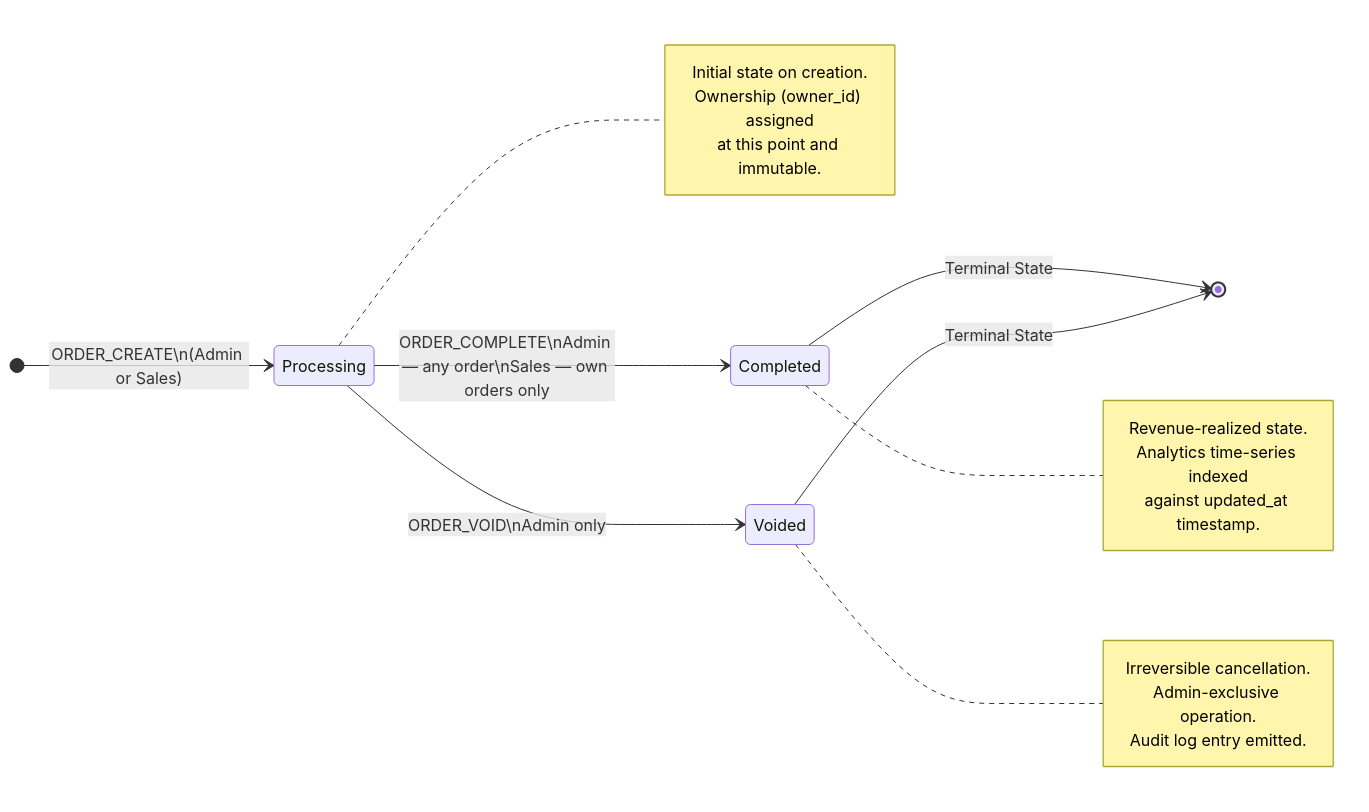
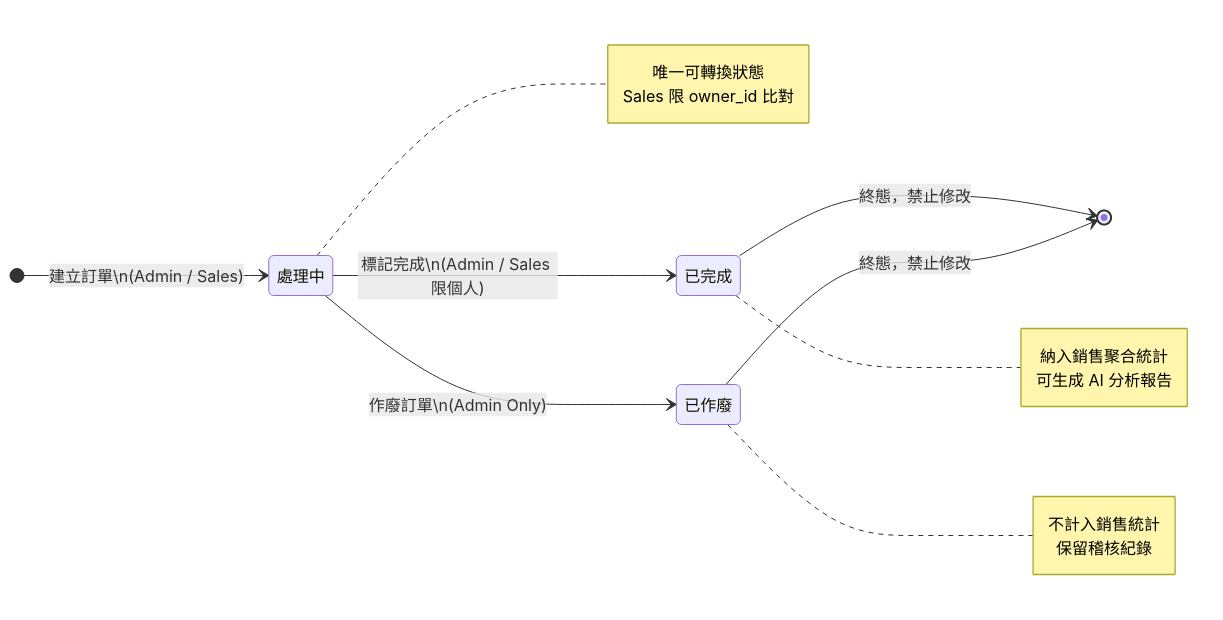
One commit to tevan1234/RBAC-Order-Management-System changed the second of 3 diagrams in README.md. Above: the diagram before and after it, drawn with Mermaid. The commit also changed other lines of this file, not shown here.

````diff
--- a/README.md
+++ b/README.md
@@ -391,31 +420,27 @@
 ```mermaid
 stateDiagram-v2
     direction LR
 
-    [*] --> Processing : ORDER_CREATE\n(Admin or Sales)
+    [*] --> 處理中 : 建立訂單\n(Admin / Sales)
 
-    Processing --> Completed : ORDER_COMPLETE\nAdmin — any order\nSales — own orders only
+    處理中 --> 已完成 : 標記完成\n(Admin / Sales 限個人)
+    處理中 --> 已作廢 : 作廢訂單\n(Admin Only)
 
-    Processing --> Voided : ORDER_VOID\nAdmin only
+    已完成 --> [*] : 終態，禁止修改
+    已作廢 --> [*] : 終態，禁止修改
 
-    Completed --> [*] : Terminal State
-    Voided --> [*] : Terminal State
-
-    note right of Processing
-        Initial state on creation.
-        Ownership (owner_id) assigned
-        at this point and immutable.
+    note right of 處理中
+        唯一可轉換狀態
+        Sales 限 owner_id 比對
     end note
 
-    note right of Completed
-        Revenue-realized state.
-        Analytics time-series indexed
-        against updated_at timestamp.
+    note right of 已完成
+        納入銷售聚合統計
+        可生成 AI 分析報告
     end note
 
-    note right of Voided
-        Irreversible cancellation.
-        Admin-exclusive operation.
-        Audit log entry emitted.
+    note right of 已作廢
+        不計入銷售統計
+        保留稽核紀錄
     end note
 ```
````
